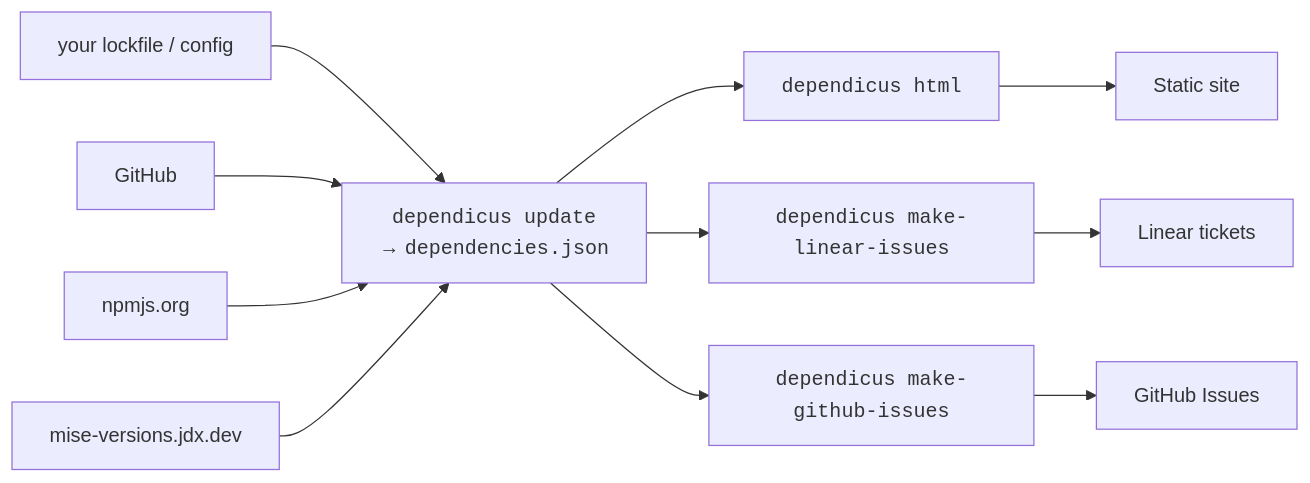
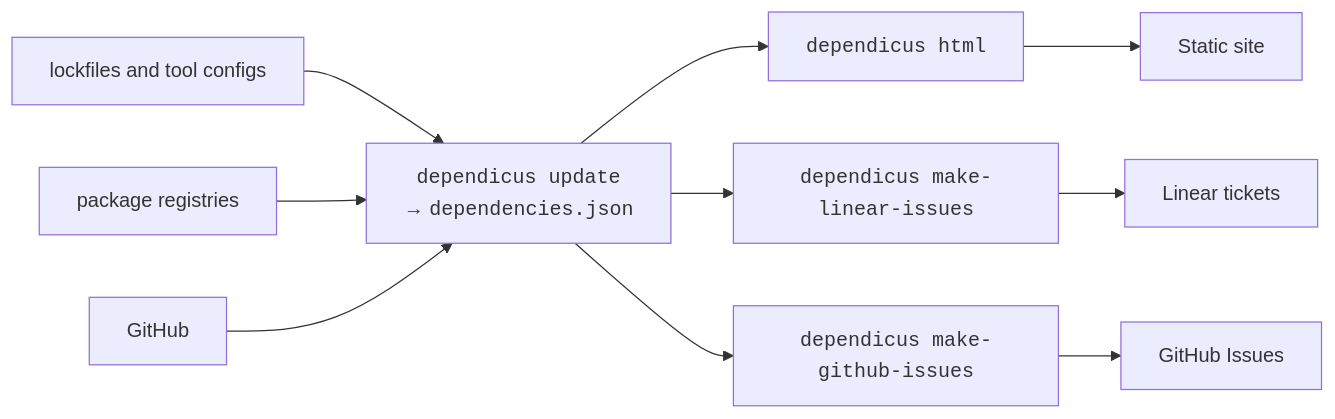
Before and after one commit to descriptinc/dependicus: the diagram in docs/docs/index.md, drawn with Mermaid. The commit also changed other lines of this file and 9 other files, not shown here.

````diff
--- a/docs/docs/index.md
+++ b/docs/docs/index.md
@@ -9,14 +9,13 @@
 ```mermaid
 graph LR
-    lockfile["your lockfile / config"] --> dependicus-update["<tt>dependicus update</tt><br>&rarr; <tt>dependencies.json</tt>"]
+    lockfile["lockfiles and tool configs"] --> dependicus-update["<tt>dependicus update</tt><br>&rarr; <tt>dependencies.json</tt>"]
+    registries["package registries"] --> dependicus-update
     GitHub --> dependicus-update
-    npmjs.org --> dependicus-update
-    mise-versions["mise-versions.jdx.dev"] --> dependicus-update
     dependicus-update --> dependicus-html["<tt>dependicus html</tt>"]
     dependicus-update --> dependicus-make-linear-issues["<tt>dependicus make-linear-issues</tt>"]
     dependicus-update --> dependicus-make-github-issues["<tt>dependicus make-github-issues</tt>"]
 
     dependicus-html --> static-site["Static site"]
     dependicus-make-linear-issues --> linear-tickets["Linear tickets"]
     dependicus-make-github-issues --> github-issues["GitHub Issues"]
 ```
````
